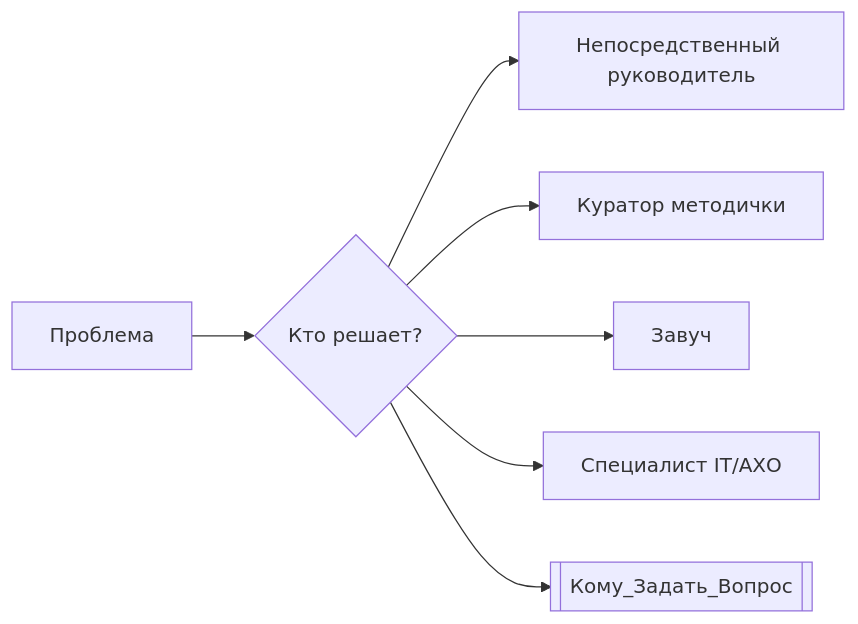
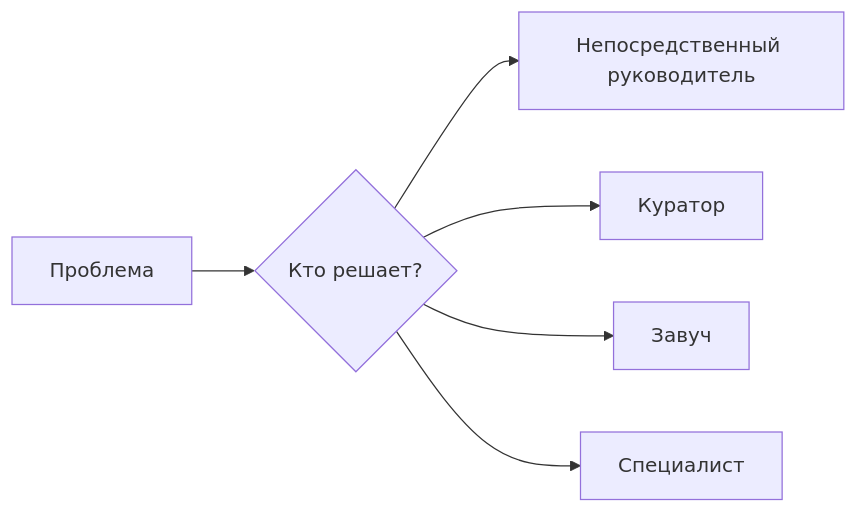
The diagram in content/💬 Обсуждайте недовольство сразу.md (kovrik94/Academy), drawn with Mermaid before and after one commit. The commit also changed other lines of this file and 17 other files, not shown here.

````diff
--- a/content/💬 Обсуждайте недовольство сразу.md
+++ b/content/💬 Обсуждайте недовольство сразу.md
@@ -23,9 +23,8 @@
     ```mermaid
     graph LR
     A[Проблема] --> B{Кто решает?}
     B --> C[Непосредственный руководитель]
-    B --> D[Куратор методички]
+    B --> D[Куратор]
     B --> E[Завуч]
-    B --> F[Специалист IT/АХО]
-    B --> G[[Кому_Задать_Вопрос]]
+    B --> F[Специалист]
     ```
````
